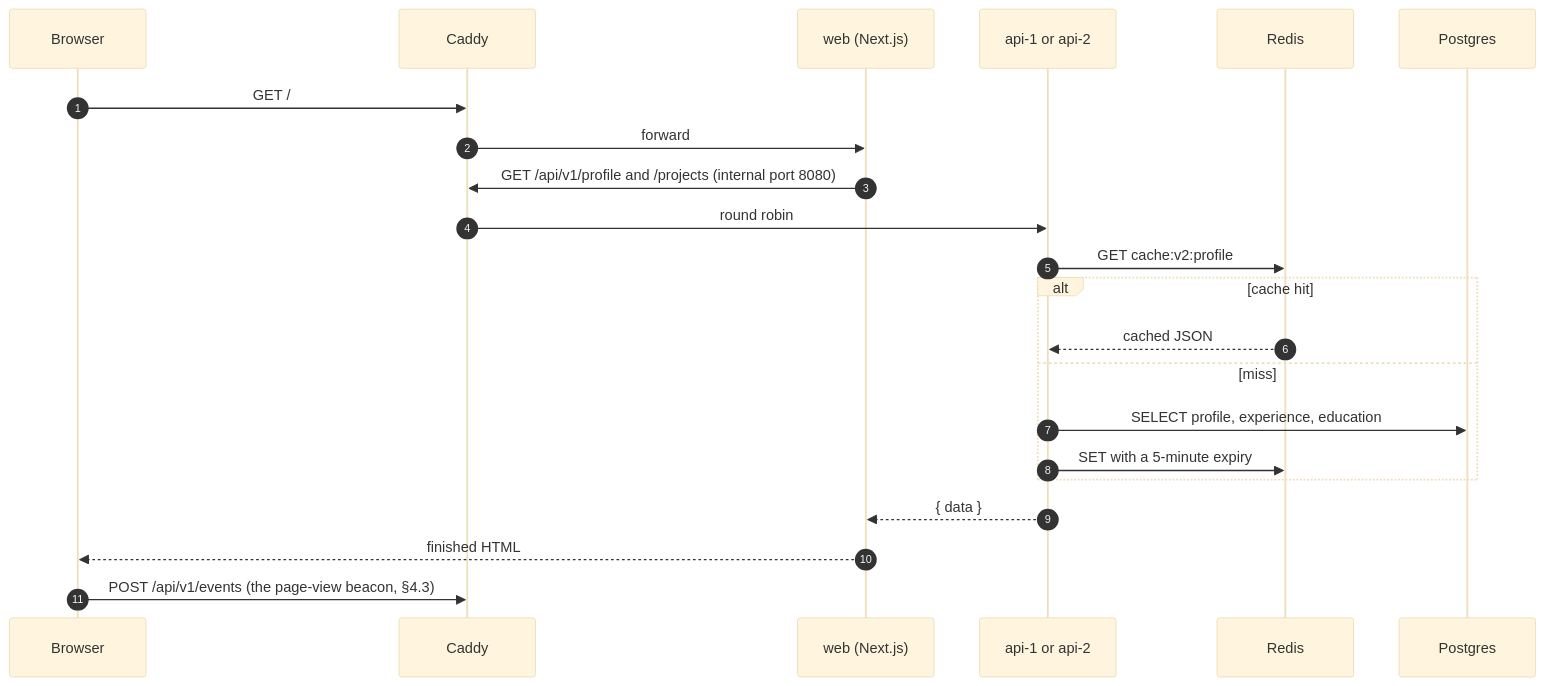
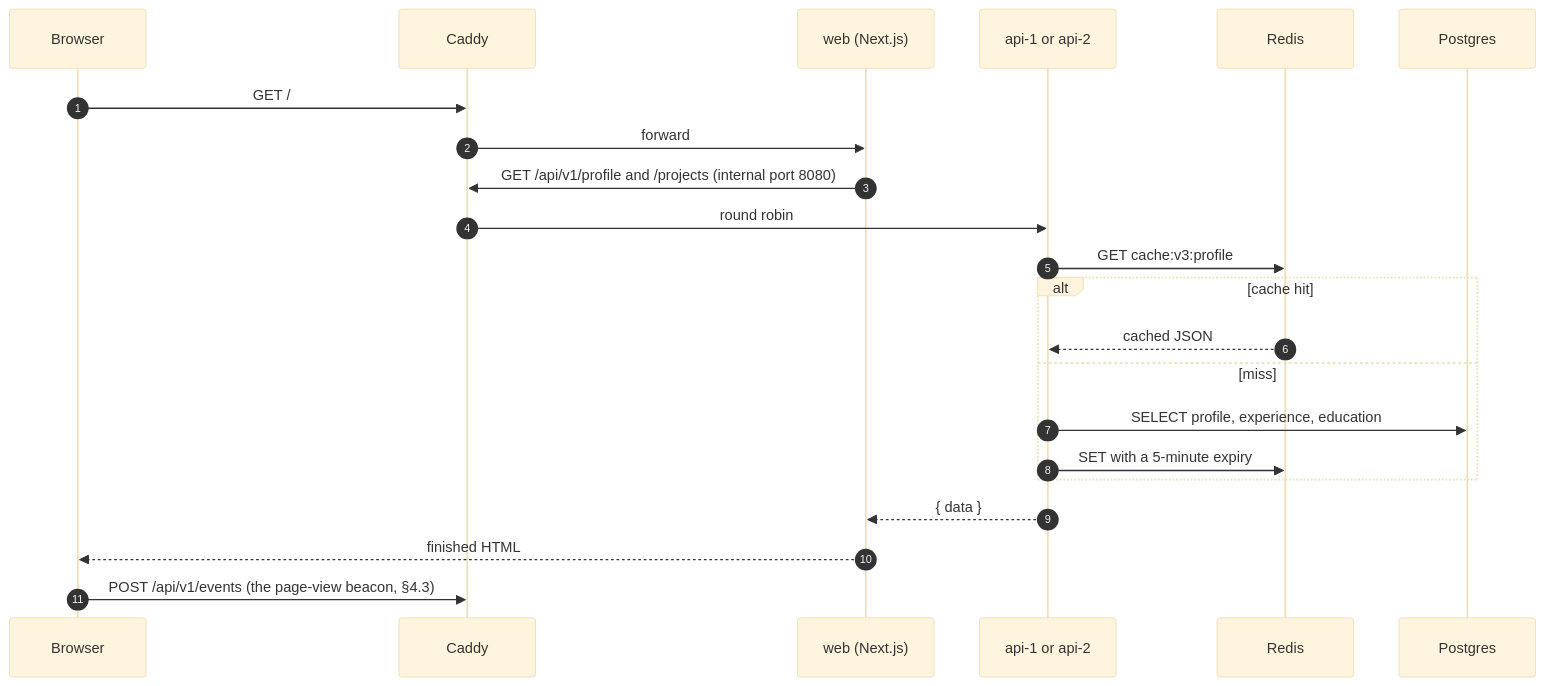
Before and after one commit to zhuuyicheng/yicheng-website: the third of 9 diagrams in docs/PROJECT-GUIDE.md, drawn with Mermaid (base theme). The commit also changed other lines of this file and 21 other files, not shown here.

````diff
--- a/docs/PROJECT-GUIDE.md
+++ b/docs/PROJECT-GUIDE.md
@@ -127,24 +127,24 @@
 ```mermaid
 sequenceDiagram
   autonumber
   participant B as Browser
   participant C as Caddy
   participant W as web (Next.js)
   participant A as api-1 or api-2
   participant R as Redis
   participant P as Postgres
   B->>C: GET /
   C->>W: forward
   W->>C: GET /api/v1/profile and /projects (internal port 8080)
   C->>A: round robin
-  A->>R: GET cache:v2:profile
+  A->>R: GET cache:v3:profile
   alt cache hit
     R-->>A: cached JSON
   else miss
     A->>P: SELECT profile, experience, education
     A->>R: SET with a 5-minute expiry
   end
   A-->>W: { data }
   W-->>B: finished HTML
   B->>C: POST /api/v1/events (the page-view beacon, §4.3)
 ```
````
